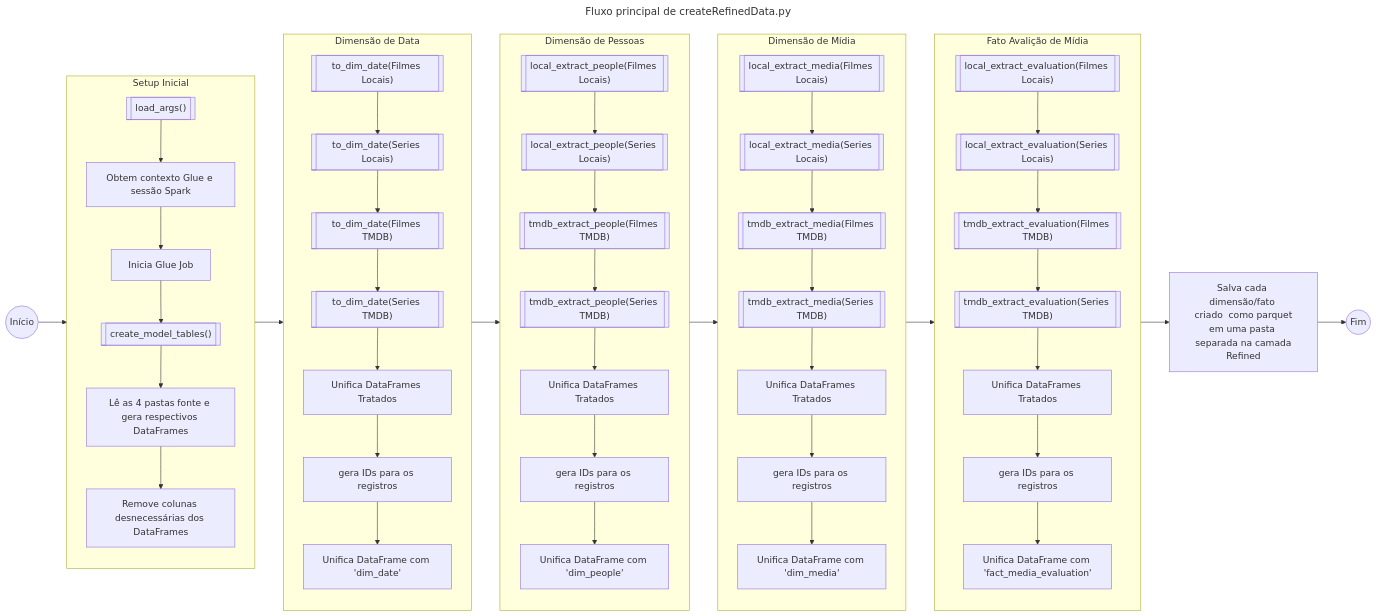
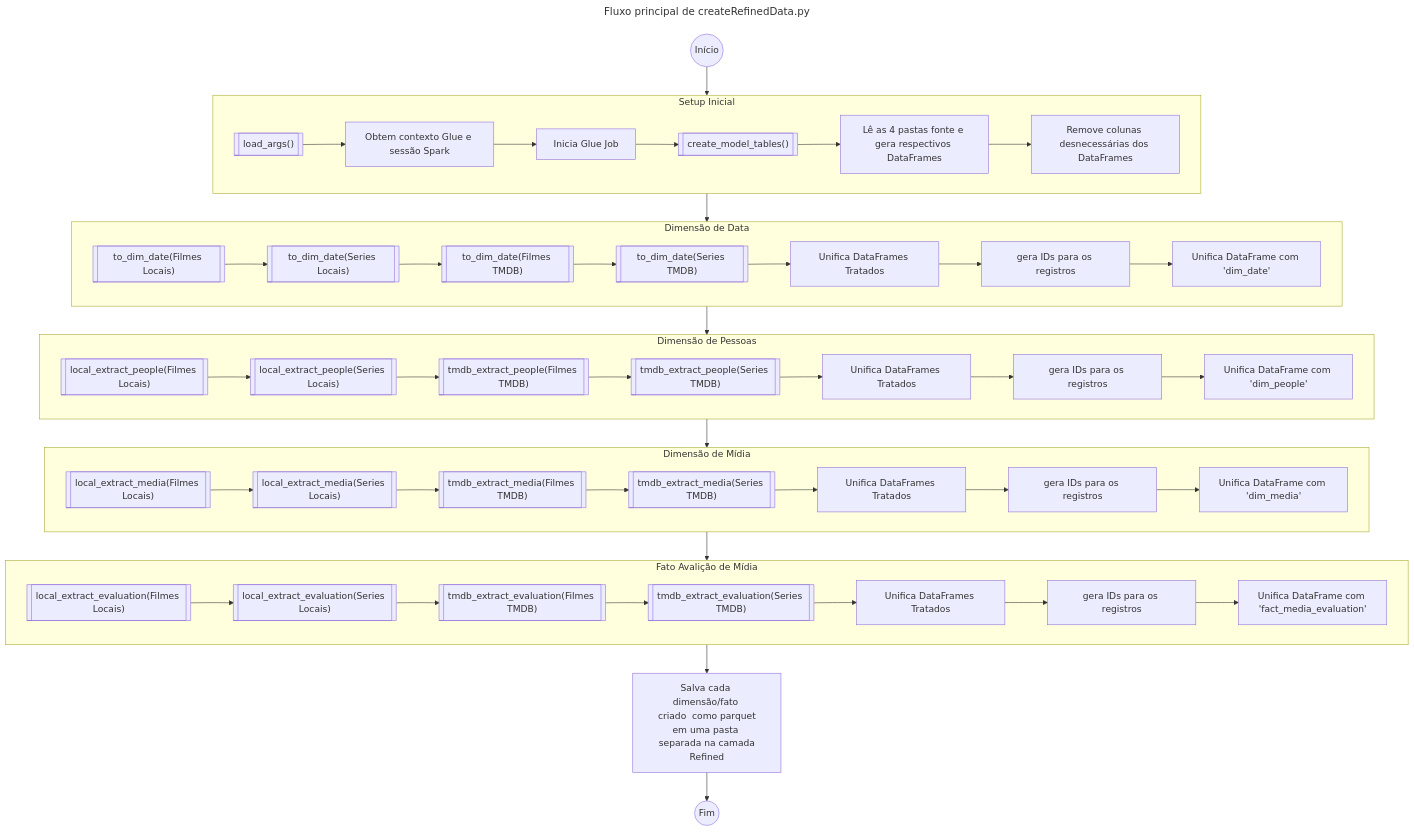
One commit to GustavCampos/Programa-de-bolsas-Compasso changed the fourth of 4 diagrams in Sprint 9/Desafios/README.md. Above: the diagram before and after it, drawn with Mermaid.

Commit message:
Change main  flow side

```diff
--- a/Sprint 9/Desafios/README.md
+++ b/Sprint 9/Desafios/README.md
@@ -337,12 +337,14 @@
 ---
 title: Fluxo principal de createRefinedData.py
 ---
-flowchart LR
+flowchart TD
     start((Início))
     flow_end((Fim))
      sv_df["Salva cada dimensão/fato <br> criado  como parquet em uma pasta <br> separada na camada Refined"]
 
     subgraph initial["Setup Inicial"]
+        direction LR
+
         load_params[["load_args()"]]
         ctx[Obtem contexto Glue e sessão Spark]
         job_init[Inicia Glue Job]
@@ -357,6 +359,8 @@
     end
 
     subgraph date["Dimensão de Data"]
+        direction LR
+
         d_local_movie[["to_dim_date(Filmes Locais)"]]
         d_local_series[["to_dim_date(Series Locais)"]]
         d_tmdb_movie[["to_dim_date(Filmes TMDB)"]]
@@ -373,6 +377,8 @@
     end
 
     subgraph people["Dimensão de Pessoas"]
+        direction LR
+
         p_local_movie[["local_extract_people(Filmes Locais)"]]
         p_local_series[["local_extract_people(Series Locais)"]]
         p_tmdb_movie[["tmdb_extract_people(Filmes TMDB)"]]
@@ -389,6 +395,8 @@
     end
 
     subgraph media["Dimensão de Mídia"]
+        direction LR
+
         m_local_movie[["local_extract_media(Filmes Locais)"]]
         m_local_series[["local_extract_media(Series Locais)"]]
         m_tmdb_movie[["tmdb_extract_media(Filmes TMDB)"]]
@@ -405,6 +413,8 @@
     end
 
     subgraph fact["Fato Avalição de Mídia"]
+        direction LR
+     
         f_local_movie[["local_extract_evaluation(Filmes Locais)"]]
         f_local_series[["local_extract_evaluation(Series Locais)"]]
         f_tmdb_movie[["tmdb_extract_evaluation(Filmes TMDB)"]]
```
